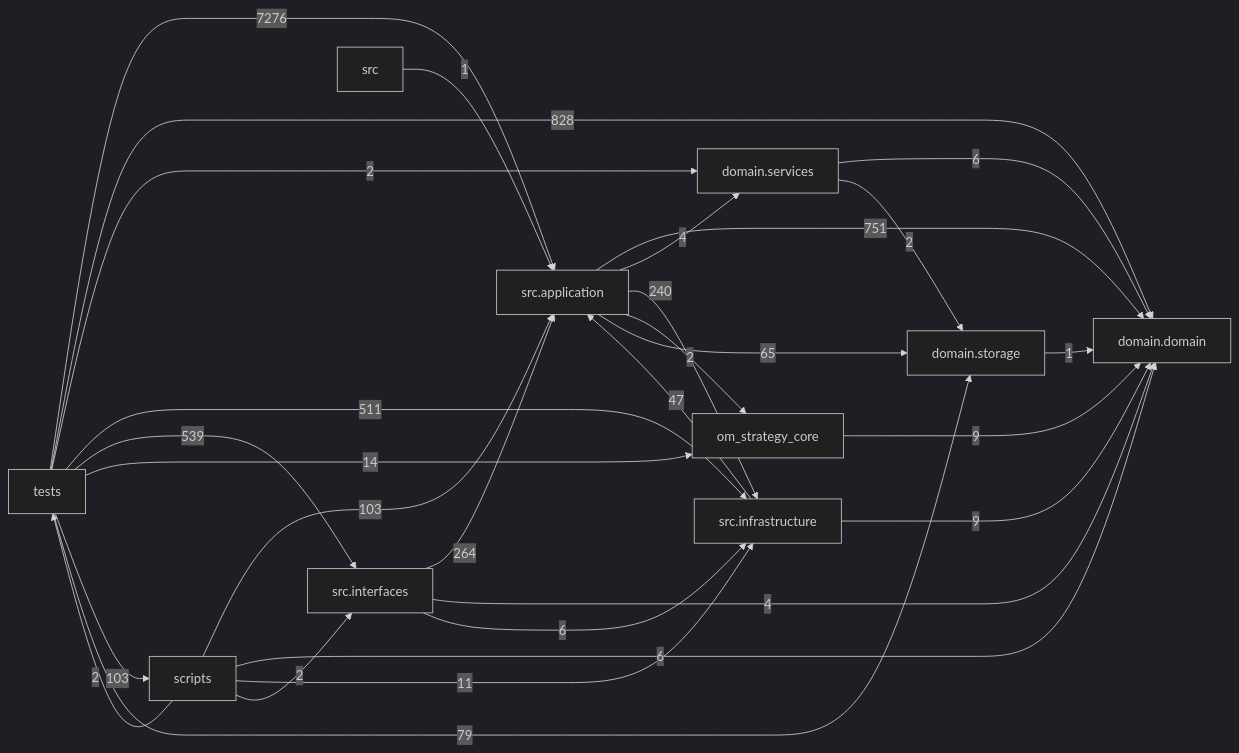
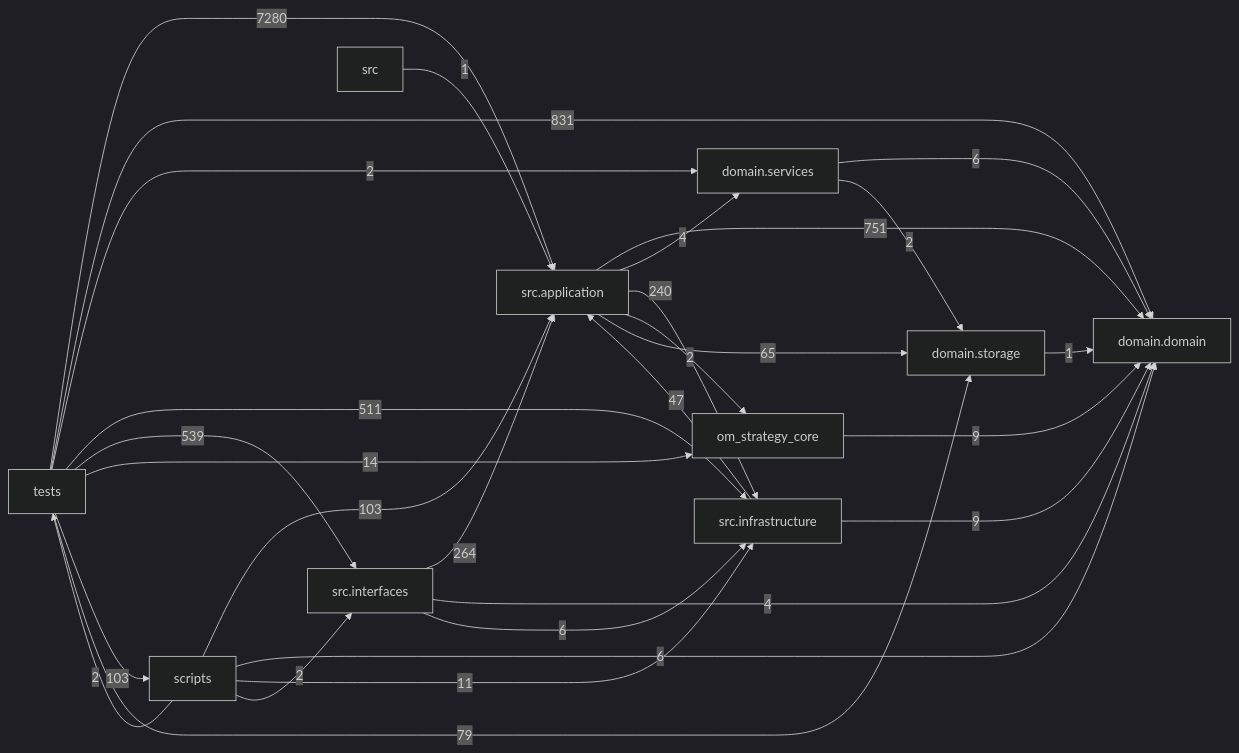
Before and after one commit to liuxie066/options-monitor: the diagram in docs/DEPENDENCY_GRAPH.md, drawn with Mermaid (dark theme). The commit also changed other lines of this file and 15 other files, not shown here.

````diff
--- a/docs/DEPENDENCY_GRAPH.md
+++ b/docs/DEPENDENCY_GRAPH.md
@@ -24,39 +24,39 @@
 ```mermaid
 flowchart LR
   tests["tests"]
   scripts["scripts"]
   interfaces["src.interfaces"]
   application["src.application"]
   infrastructure["src.infrastructure"]
   domain_services["domain.services"]
   domain["domain.domain"]
   storage["domain.storage"]
   application -->|751| domain
   application -->|4| domain_services
   application -->|240| infrastructure
   application -->|2| om_strategy_core
   application -->|65| storage
   domain_services -->|6| domain
   domain_services -->|2| storage
   infrastructure -->|47| application
   infrastructure -->|9| domain
   interfaces -->|264| application
   interfaces -->|4| domain
   interfaces -->|6| infrastructure
   om_strategy_core -->|9| domain
   scripts -->|103| application
   scripts -->|6| domain
   scripts -->|11| infrastructure
   scripts -->|2| interfaces
   scripts -->|2| tests
   src -->|1| application
   storage -->|1| domain
-  tests -->|7276| application
-  tests -->|828| domain
+  tests -->|7280| application
+  tests -->|831| domain
   tests -->|2| domain_services
   tests -->|511| infrastructure
   tests -->|539| interfaces
   tests -->|14| om_strategy_core
   tests -->|103| scripts
   tests -->|79| storage
 ```
````
